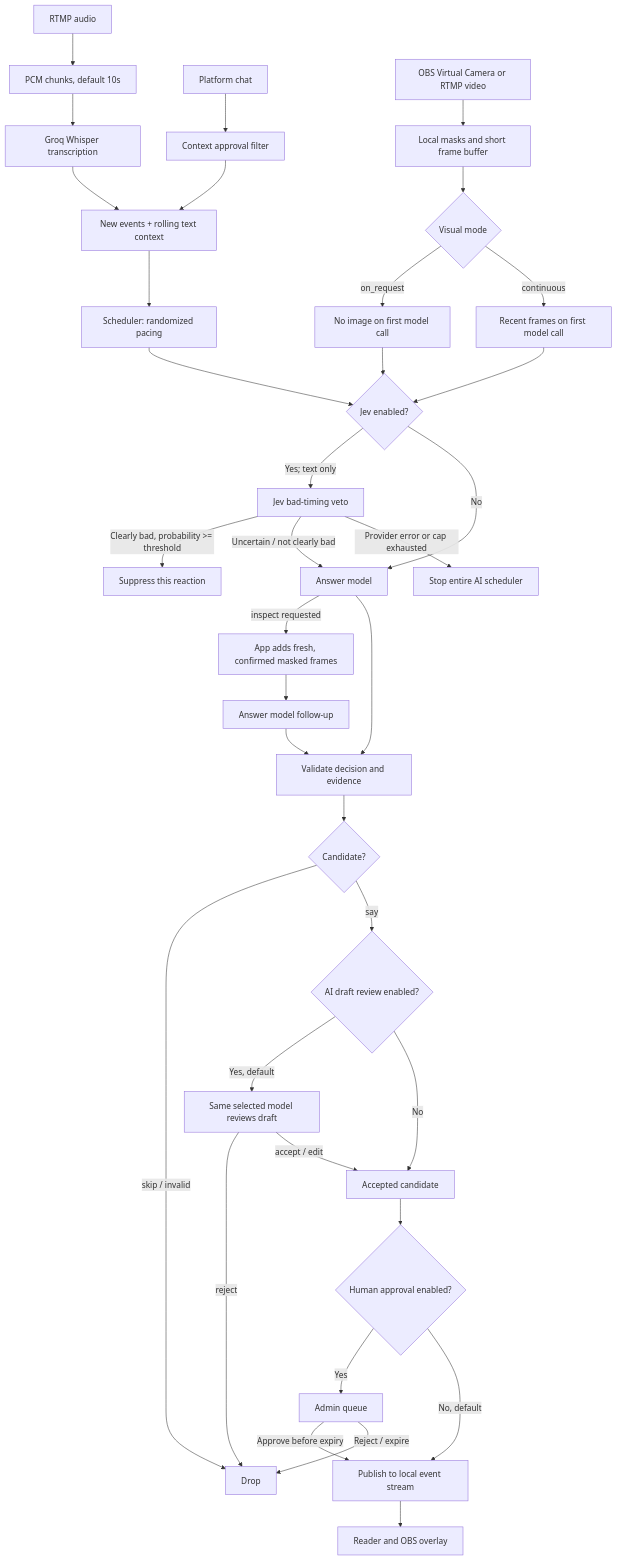
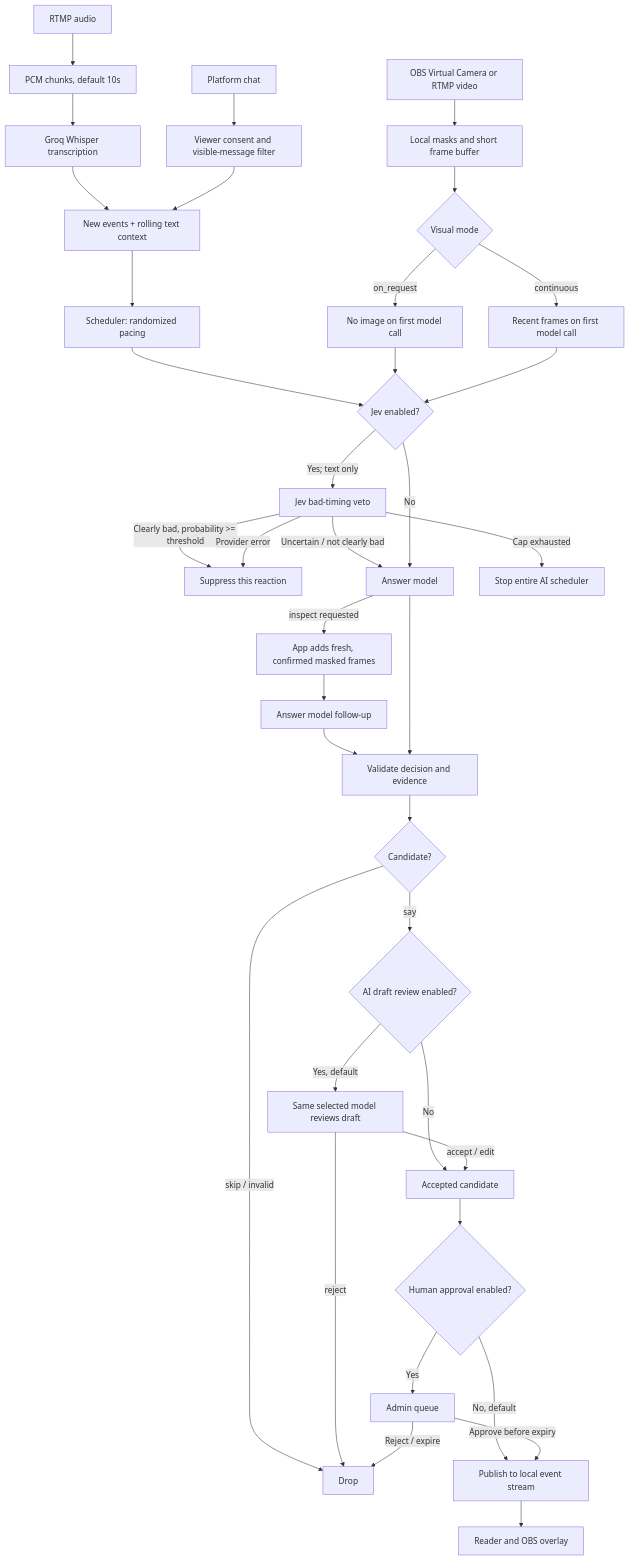
Before and after one commit to lllllrad/ai-fake-viewer: the diagram in AI_FLOW.md, drawn with Mermaid. The commit also changed other lines of this file and 12 other files, not shown here.

````diff
--- a/AI_FLOW.md
+++ b/AI_FLOW.md
@@ -7,38 +15,39 @@
 ```mermaid
 flowchart TD
   A[RTMP audio] --> B[PCM chunks, default 10s]
   B --> C[Groq Whisper transcription]
-  D[Platform chat] --> E[Context approval filter]
+  D[Platform chat] --> E[Viewer consent and visible-message filter]
   C --> F[New events + rolling text context]
   E --> F
   G[OBS Virtual Camera or RTMP video] --> H[Local masks and short frame buffer]
   F --> I[Scheduler: randomized pacing]
   H --> J{Visual mode}
   J -->|on_request| K[No image on first model call]
   J -->|continuous| L[Recent frames on first model call]
   I --> M{Jev enabled?}
   K --> M
   L --> M
   M -->|Yes; text only| N[Jev bad-timing veto]
   N -->|Clearly bad, probability >= threshold| O[Suppress this reaction]
   N -->|Uncertain / not clearly bad| P[Answer model]
-  N -->|Provider error or cap exhausted| Q[Stop entire AI scheduler]
+  N -->|Provider error| O
+  N -->|Cap exhausted| Q[Stop entire AI scheduler]
   M -->|No| P
   P -->|inspect requested| R[App adds fresh, confirmed masked frames]
   R --> S[Answer model follow-up]
   S --> T[Validate decision and evidence]
   P --> T
   T --> U{Candidate?}
   U -->|skip / invalid| V[Drop]
   U -->|say| W{AI draft review enabled?}
   W -->|Yes, default| X[Same selected model reviews draft]
   W -->|No| Y[Accepted candidate]
   X -->|reject| V
   X -->|accept / edit| Y
   Y --> Z{Human approval enabled?}
   Z -->|Yes| AA[Admin queue]
   Z -->|No, default| AB[Publish to local event stream]
   AA -->|Approve before expiry| AB
   AA -->|Reject / expire| V
   AB --> AC[Reader and OBS overlay]
 ```
````
